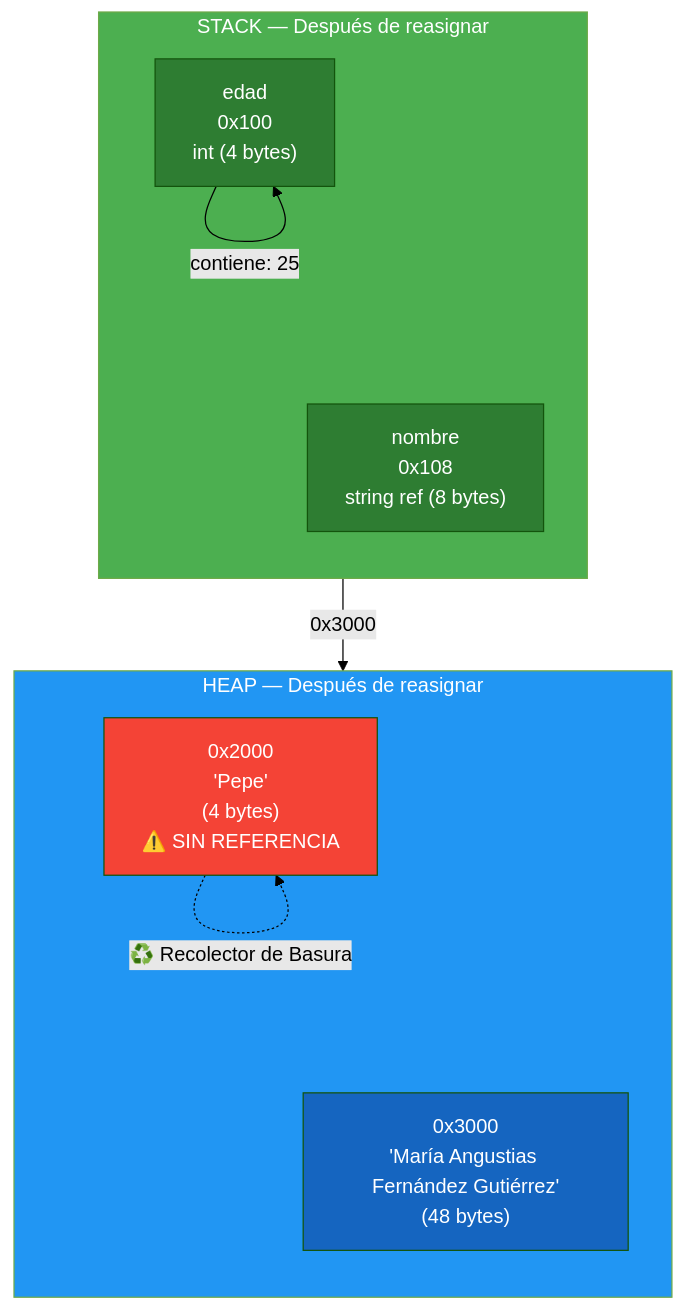
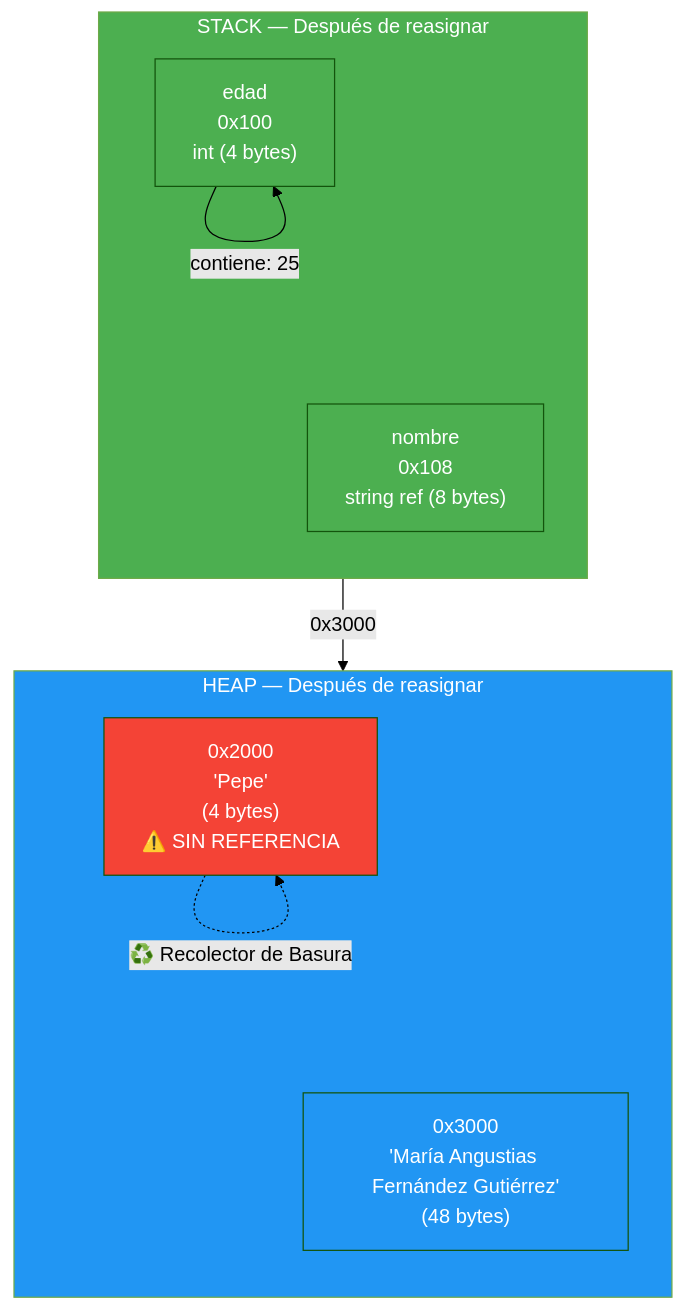
One commit to joseluisgs/Programacion-01-2026-2027 changed the sixth of 6 diagrams in 05-tipos-datos.md. Above: the diagram before and after it, drawn with Mermaid (forest theme). The commit also changed other lines of this file and 10 other files, not shown here.

````diff
--- a/05-tipos-datos.md
+++ b/05-tipos-datos.md
@@ -591,22 +591,22 @@
 ```mermaid
 graph TB
     subgraph STACK ["STACK — Después de reasignar"]
         direction TB
         EDAD["edad<br/>0x100<br/>int (4 bytes)"]
         NOMBRE["nombre<br/>0x108<br/>string ref (8 bytes)"]
     end
     subgraph HEAP ["HEAP — Después de reasignar"]
         direction TB
         OBJ1["0x2000<br/>'Pepe'<br/>(4 bytes)<br/>⚠️ SIN REFERENCIA"]
         OBJ2["0x3000<br/>'María Angustias Fernández Gutiérrez'<br/>(48 bytes)"]
     end
     EDAD -->|"contiene: 25"| EDAD
     NOMBRE -->|"0x3000"| OBJ2
     OBJ1 -.->|"♻️ Recolector de Basura"| OBJ1
     style STACK fill:#4CAF50,color:#fff
     style HEAP fill:#2196F3,color:#fff
-    style EDAD fill:#2E7D32,color:#fff
-    style NOMBRE fill:#2E7D32,color:#fff
+style EDAD fill:#4CAF50,color:#fff
+  style NOMBRE fill:#4CAF50,color:#fff
     style OBJ1 fill:#f44336,color:#fff
-    style OBJ2 fill:#1565C0,color:#fff
+    style OBJ2 fill:#2196F3,color:#fff
 ```
````
